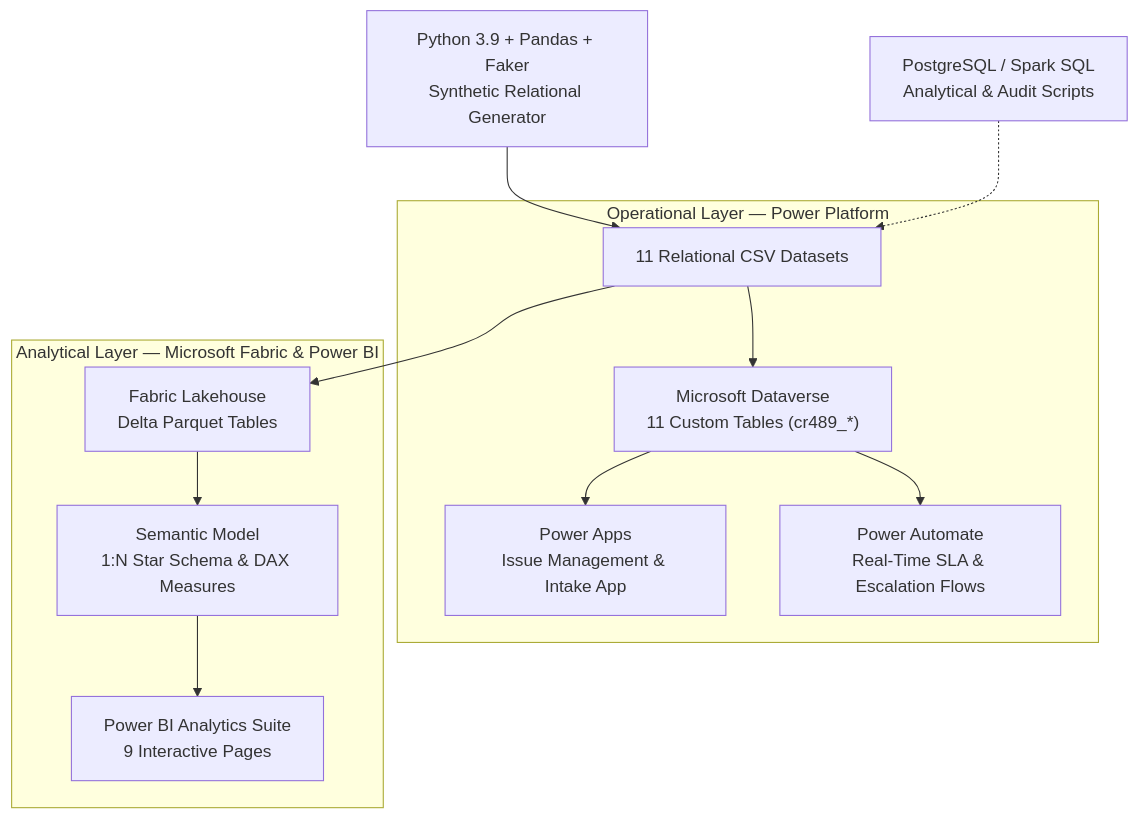
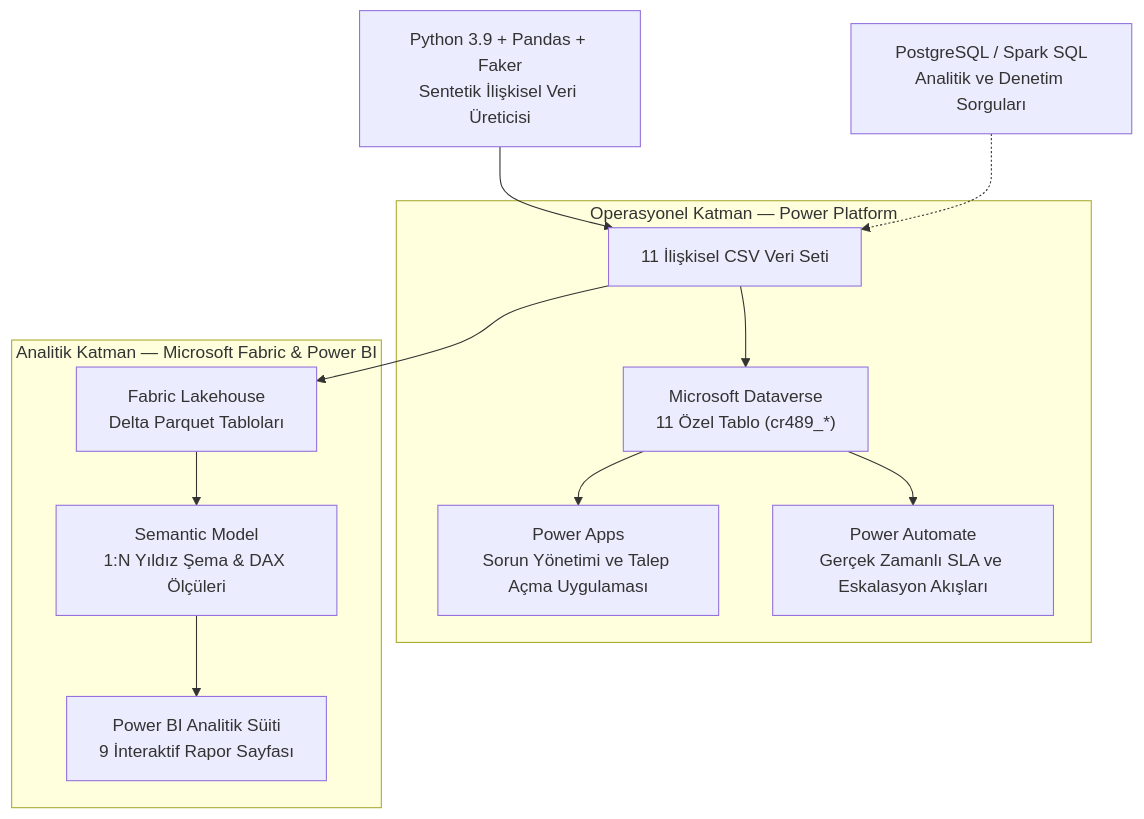
The first of 2 diagrams in README.md (efehakanyildiz/opsinsight-power-platform), drawn with Mermaid before and after one commit. The commit also changed other lines of this file and 1 other file, not shown here.

Commit message:
docs: translate repository to professional Turkish and add 10 advanced analytical SQL queries

````diff
--- a/README.md
+++ b/README.md
@@ -52,18 +52,18 @@
 ```mermaid
 flowchart TD
-    PY["Python 3.9 + Pandas + Faker<br/>Synthetic Relational Generator"] --> CSV["11 Relational CSV Datasets"]
+    PY["Python 3.9 + Pandas + Faker<br/>Sentetik İlişkisel Veri Üreticisi"] --> CSV["11 İlişkisel CSV Veri Seti"]
 
-    subgraph OP["Operational Layer — Power Platform"]
-        CSV --> DV["Microsoft Dataverse<br/>11 Custom Tables (cr489_*)"]
-        DV --> PA["Power Apps<br/>Issue Management & Intake App"]
-        DV --> PF["Power Automate<br/>Real-Time SLA & Escalation Flows"]
+    subgraph OP["Operasyonel Katman — Power Platform"]
+        CSV --> DV["Microsoft Dataverse<br/>11 Özel Tablo (cr489_*)"]
+        DV --> PA["Power Apps<br/>Sorun Yönetimi ve Talep Açma Uygulaması"]
+        DV --> PF["Power Automate<br/>Gerçek Zamanlı SLA ve Eskalasyon Akışları"]
     end
 
-    subgraph AN["Analytical Layer — Microsoft Fabric & Power BI"]
-        CSV --> LH["Fabric Lakehouse<br/>Delta Parquet Tables"]
-        LH --> SM["Semantic Model<br/>1:N Star Schema & DAX Measures"]
-        SM --> PBI["Power BI Analytics Suite<br/>9 Interactive Pages"]
+    subgraph AN["Analitik Katman — Microsoft Fabric & Power BI"]
+        CSV --> LH["Fabric Lakehouse<br/>Delta Parquet Tabloları"]
+        LH --> SM["Semantic Model<br/>1:N Yıldız Şema & DAX Ölçüleri"]
+        SM --> PBI["Power BI Analitik Süiti<br/>9 İnteraktif Rapor Sayfası"]
     end
 
-    SQL["PostgreSQL / Spark SQL<br/>Analytical & Audit Scripts"] -.-> CSV
+    SQL["PostgreSQL / Spark SQL<br/>Analitik ve Denetim Sorguları"] -.-> CSV
 ```
````
